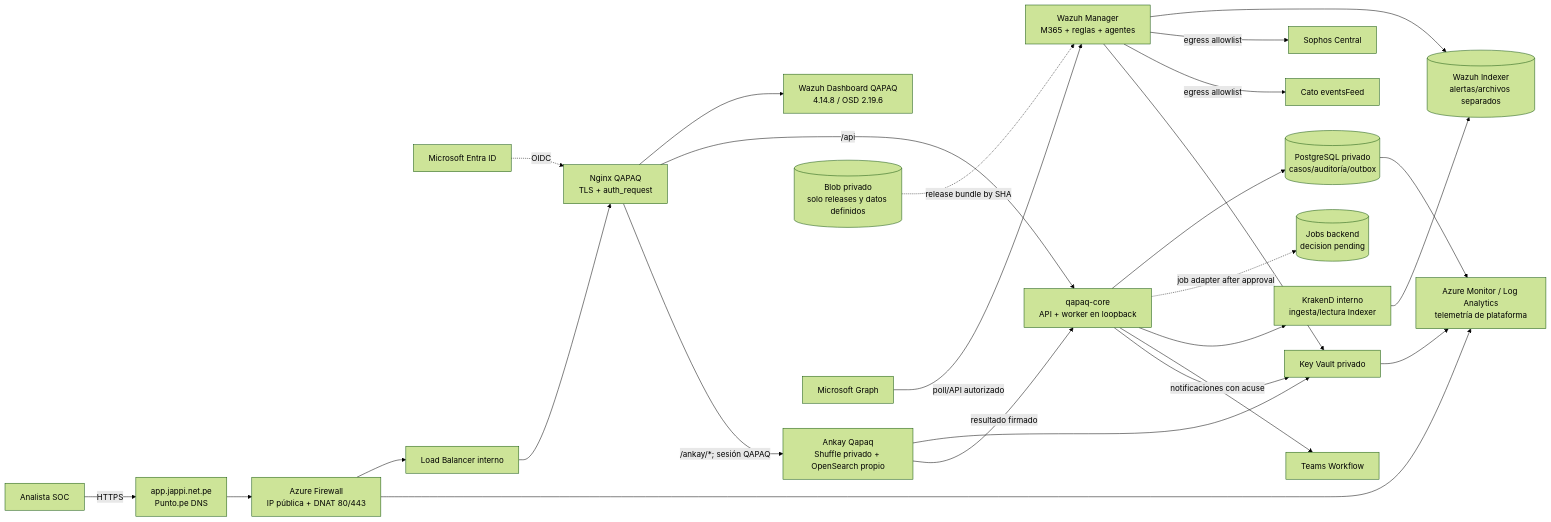
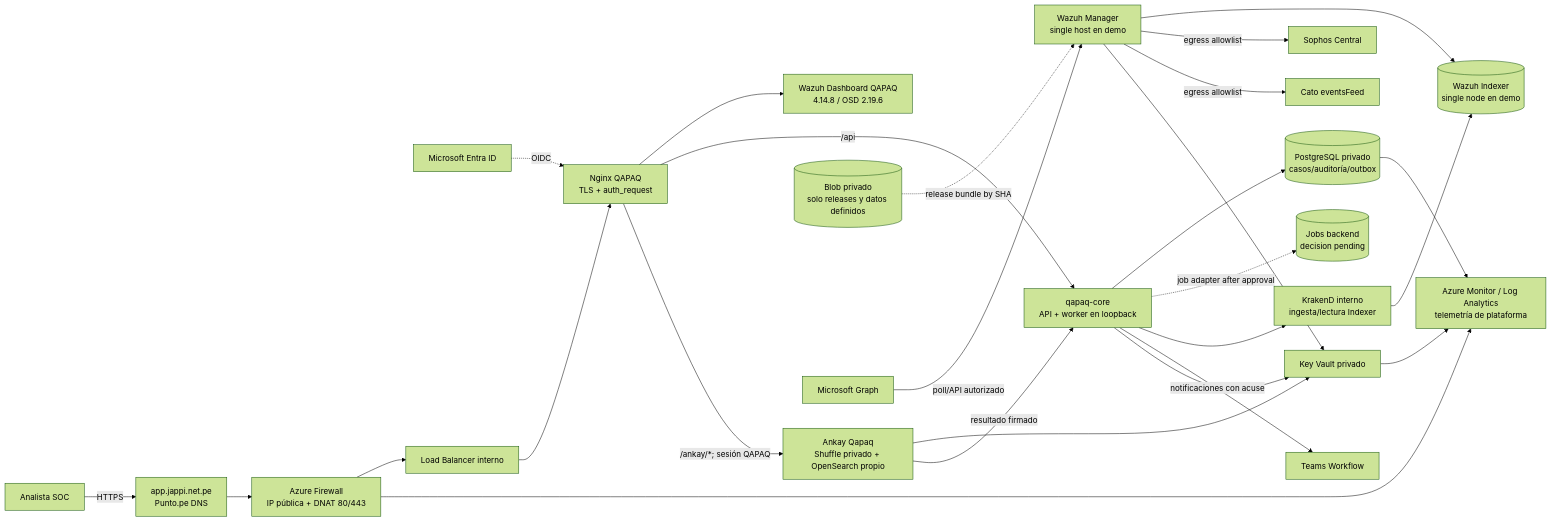
Before and after one commit to CyberStill-GmbH/qapaq-secops: the first of 2 diagrams in docs/cloud/azure/target-architecture-demo-eus2.md, drawn with Mermaid (forest theme). The commit also changed other lines of this file, not shown here.

Commit message:
docs(azure): separate demo and HA topology

````diff
--- a/docs/cloud/azure/target-architecture-demo-eus2.md
+++ b/docs/cloud/azure/target-architecture-demo-eus2.md
@@ -15,46 +15,46 @@
 ```mermaid
 flowchart LR
   SOC[Analista SOC]
   Entra[Microsoft Entra ID]
   DNS[app.jappi.net.pe<br/>Punto.pe DNS]
   FW[Azure Firewall<br/>IP pública + DNAT 80/443]
   ILB[Load Balancer interno]
   Nginx[Nginx QAPAQ<br/>TLS + auth_request]
   Dash[Wazuh Dashboard QAPAQ<br/>4.14.8 / OSD 2.19.6]
   Core[qapaq-core<br/>API + worker en loopback]
   KrakenD[KrakenD interno<br/>ingesta/lectura Indexer]
-  Manager[Wazuh Manager<br/>M365 + reglas + agentes]
-  Indexer[(Wazuh Indexer<br/>alertas/archivos separados)]
+  Manager[Wazuh Manager<br/>single host en demo]
+  Indexer[(Wazuh Indexer<br/>single node en demo)]
   PG[(PostgreSQL privado<br/>casos/auditoría/outbox)]
   Queue[(Jobs backend<br/>decision pending)]
   Ankay[Ankay Qapaq<br/>Shuffle privado + OpenSearch propio]
   KV[Key Vault privado]
   Blob[(Blob privado<br/>solo releases y datos definidos)]
   Monitor[Azure Monitor / Log Analytics<br/>telemetría de plataforma]
   M365[Microsoft Graph]
   Sophos[Sophos Central]
   Cato[Cato eventsFeed]
   Teams[Teams Workflow]
 
   SOC -->|HTTPS| DNS --> FW --> ILB --> Nginx
   Entra -. OIDC .-> Nginx
   Nginx --> Dash
   Nginx -->|/api| Core
   Nginx -->|/ankay/*; sesión QAPAQ| Ankay
   Core --> PG
   Core -. job adapter after approval .-> Queue
   Core --> KrakenD --> Indexer
   Manager --> Indexer
   M365 -->|poll/API autorizado| Manager
   Manager -->|egress allowlist| Sophos
   Manager -->|egress allowlist| Cato
   Core -->|notificaciones con acuse| Teams
   Manager --> KV
   Core --> KV
   Ankay --> KV
   Blob -. release bundle by SHA .-> Manager
   FW --> Monitor
   PG --> Monitor
   KV --> Monitor
   Ankay -->|resultado firmado| Core
 ```
````
